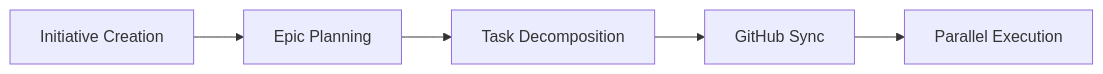
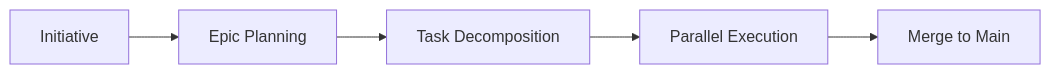
Before and after one commit to rknuus/tccpm: the diagram in README.md, drawn with Mermaid. The commit also changed other lines of this file and 1 other file, not shown here.

````diff
--- a/README.md
+++ b/README.md
@@ -25,7 +43,7 @@
 ```mermaid
 graph LR
-    A[Initiative Creation] --> B[Epic Planning]
+    A[Initiative] --> B[Epic Planning]
     B --> C[Task Decomposition]
-    C --> D[GitHub Sync]
-    D --> E[Parallel Execution]
+    C --> D[Parallel Execution]
+    D --> E[Merge to Main]
 ```
````
